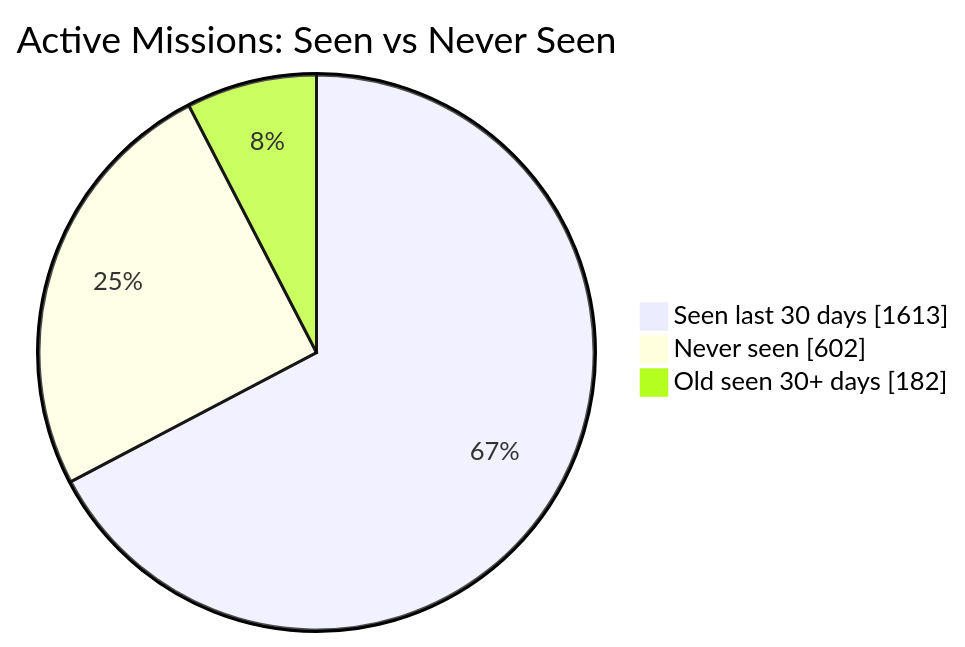
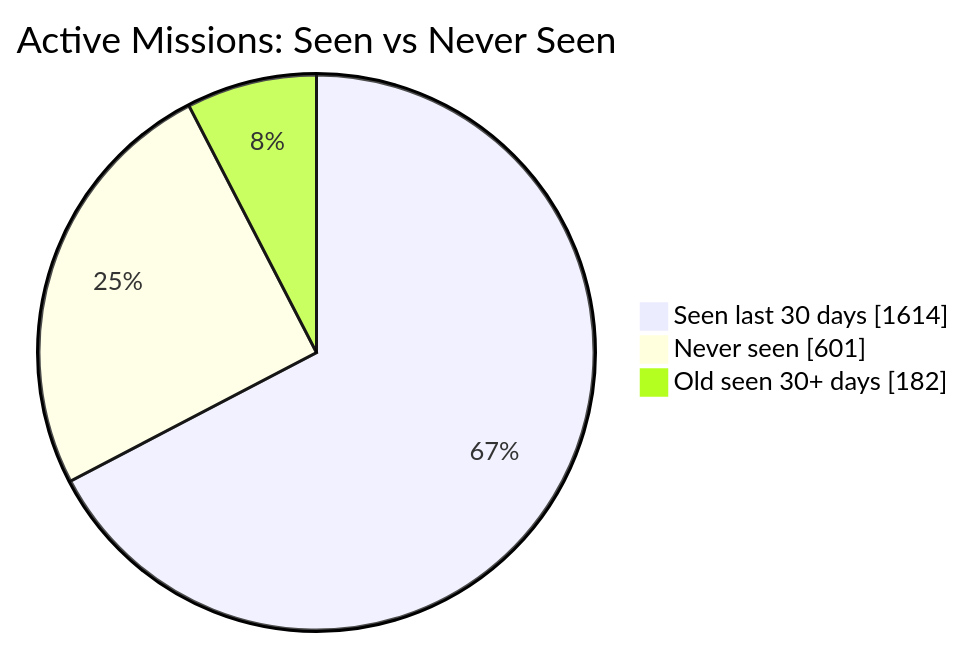
One commit to MeldkamerspelGameTeam/active-missions changed the first of 2 diagrams in README.md. Above: the diagram before and after it, drawn with Mermaid. The commit also changed other lines of this file and 3 other files, not shown here.

````diff
--- a/README.md
+++ b/README.md
@@ -34,7 +34,7 @@
 ```mermaid
 pie showData
     title Active Missions: Seen vs Never Seen
-    "Seen last 30 days" : 1613
-    "Never seen" : 602
+    "Seen last 30 days" : 1614
+    "Never seen" : 601
     "Old seen 30+ days" : 182
 ```
````
